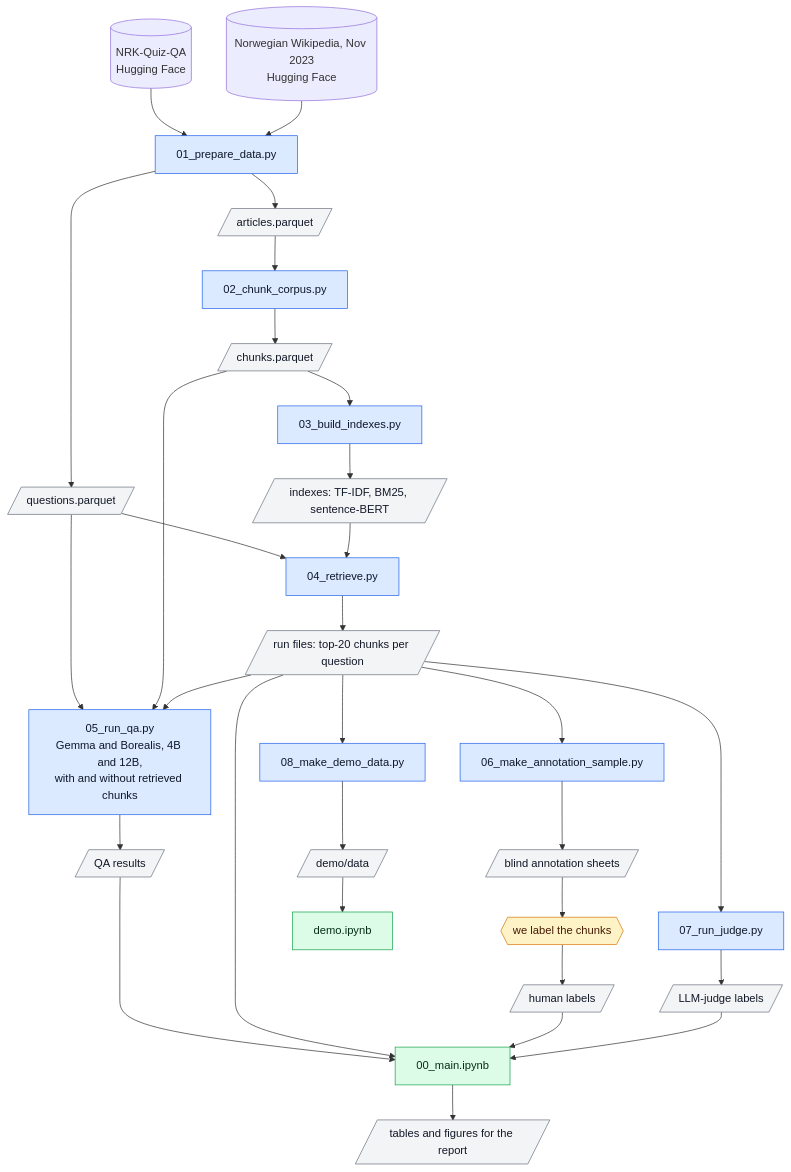
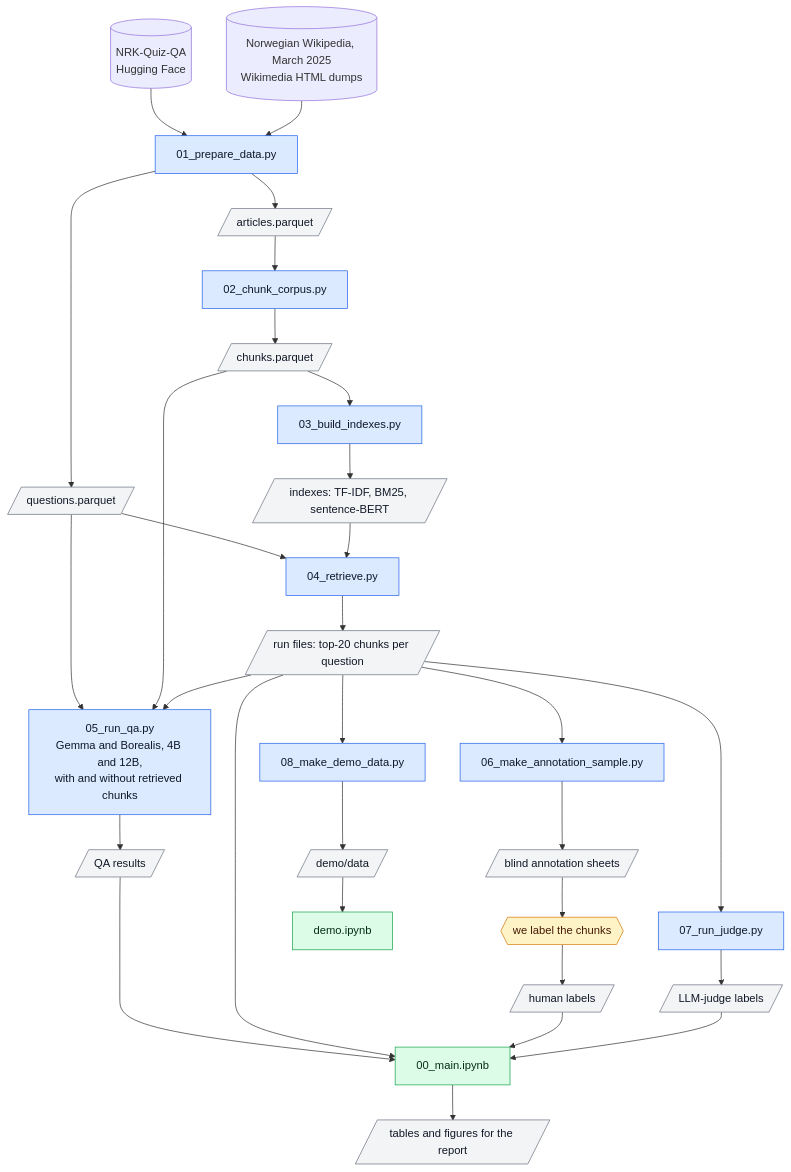
Before and after one commit to Morttra/BBAN4040-spraakteknologi: the diagram in README.md, drawn with Mermaid. The commit also changed other lines of this file and 8 other files, not shown here.

Commit message:
Switch to Wikimedia Enterprise HTML dump (March 2025), HTML-to-text conversion

````diff
--- a/README.md
+++ b/README.md
@@ -44,41 +44,41 @@
 ```mermaid
 flowchart TD
     NRK[("NRK-Quiz-QA<br/>Hugging Face")]
-    WIKI[("Norwegian Wikipedia, Nov 2023<br/>Hugging Face")]
+    WIKI[("Norwegian Wikipedia, March 2025<br/>Wikimedia HTML dumps")]
 
     NRK --> S01
     WIKI --> S01
     S01["01_prepare_data.py"] --> Q[/"questions.parquet"/]
     S01 --> A[/"articles.parquet"/]
     A --> S02["02_chunk_corpus.py"] --> C[/"chunks.parquet"/]
     C --> S03["03_build_indexes.py"] --> I[/"indexes: TF-IDF, BM25, sentence-BERT"/]
     Q --> S04["04_retrieve.py"]
     I --> S04
     S04 --> R[/"run files: top-20 chunks per question"/]
 
     Q --> S05["05_run_qa.py<br/>Gemma and Borealis, 4B and 12B,<br/>with and without retrieved chunks"]
     C --> S05
     R --> S05
     S05 --> QA[/"QA results"/]
 
     R --> S06["06_make_annotation_sample.py"] --> SH[/"blind annotation sheets"/]
     SH --> H{{"we label the chunks"}} --> L[/"human labels"/]
     R --> S07["07_run_judge.py"] --> J[/"LLM-judge labels"/]
 
     QA --> M["00_main.ipynb"]
     R --> M
     L --> M
     J --> M
     M --> OUT[/"tables and figures for the report"/]
 
     R --> S08["08_make_demo_data.py"] --> D[/"demo/data"/] --> DEMO["demo.ipynb"]
 
     classDef script fill:#dbeafe,stroke:#2563eb,color:#0f172a
     classDef file fill:#f3f4f6,stroke:#6b7280,color:#111827
     classDef notebook fill:#dcfce7,stroke:#16a34a,color:#052e16
     classDef manual fill:#fef3c7,stroke:#d97706,color:#451a03
     class S01,S02,S03,S04,S05,S06,S07,S08 script
     class Q,A,C,I,R,QA,SH,L,J,OUT,D file
     class M,DEMO notebook
     class H manual
 ```
````
